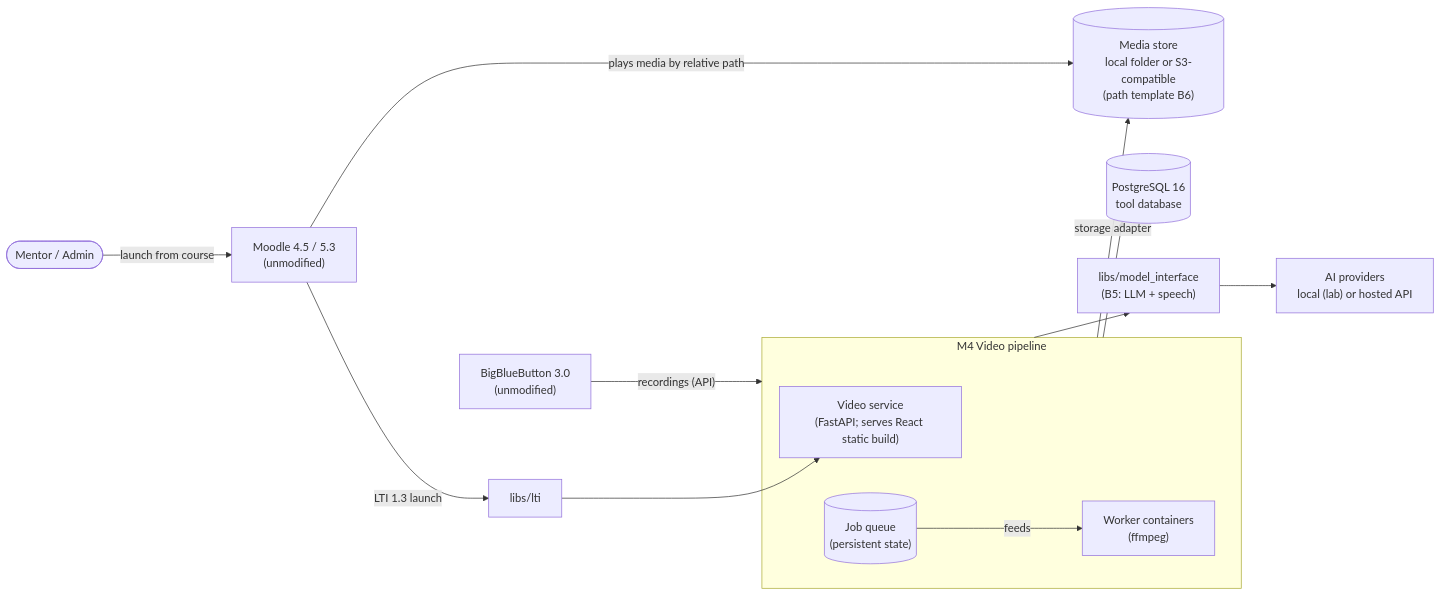
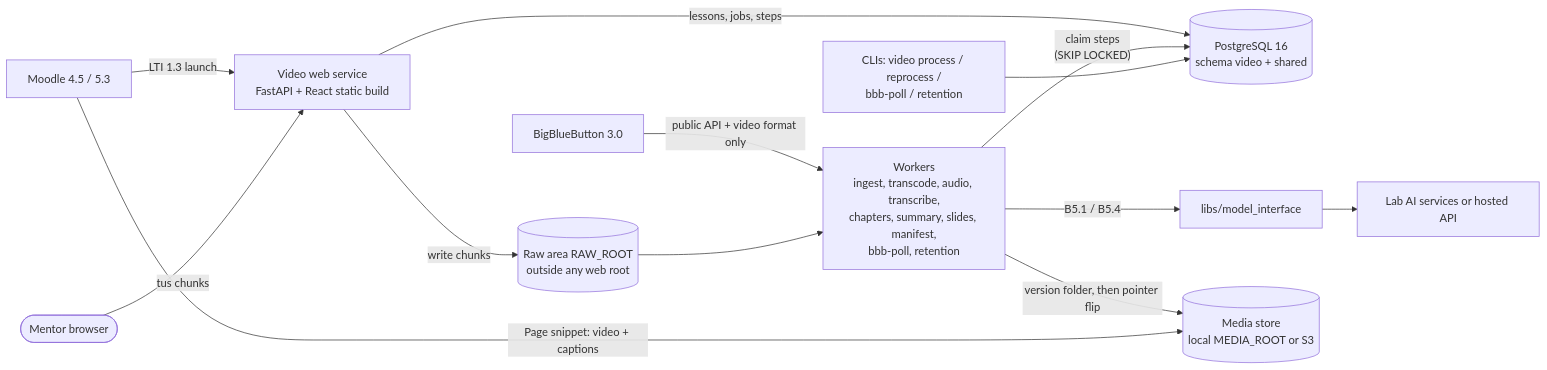
One commit to narenccode/learnops changed the diagram in docs/design/video.md. Above: the diagram before and after it, drawn with Mermaid. The commit also changed other lines of this file, not shown here.

Commit message:
Design document: revise video pipeline design (FR-V-01..15, R3/R5)

````diff
--- a/docs/design/video.md
+++ b/docs/design/video.md
@@ -53,18 +73,15 @@
 ```mermaid
 flowchart LR
-    MENTOR(["Mentor / Admin"]) -->|launch from course| MOODLE["Moodle 4.5 / 5.3<br/>(unmodified)"]
-    MOODLE -->|LTI 1.3 launch| LTI["libs/lti"]
-    subgraph M4["M4 Video pipeline"]
-        SVC["Video service<br/>(FastAPI; serves React static build)"]
-        Q[("Job queue<br/>(persistent state)")]
-        WORKER["Worker containers<br/>(ffmpeg)"]
-        Q -->|feeds| WORKER
-    end
-    LTI --> SVC
-    BBB["BigBlueButton 3.0<br/>(unmodified)"] -->|"recordings (API)"| M4
-    M4 --> MI["libs/model_interface<br/>(B5: LLM + speech)"]
-    MI --> AI["AI providers<br/>local (lab) or hosted API"]
-    M4 -->|storage adapter| MEDIA[("Media store<br/>local folder or S3-compatible<br/>(path template B6)")]
-    M4 --> STORE[("PostgreSQL 16<br/>tool database")]
-    MOODLE -->|plays media by relative path| MEDIA
+    MOODLE["Moodle 4.5 / 5.3"] -- "LTI 1.3 launch" --> WEB["Video web service<br/>FastAPI + React static build"]
+    BROWSER(["Mentor browser"]) -- "tus chunks" --> WEB
+    WEB -- "write chunks" --> RAW[("Raw area RAW_ROOT<br/>outside any web root")]
+    WEB -- "lessons, jobs, steps" --> DB[("PostgreSQL 16<br/>schema video + shared")]
+    WK["Workers<br/>ingest, transcode, audio, transcribe,<br/>chapters, summary, slides, manifest,<br/>bbb-poll, retention"] -- "claim steps<br/>(SKIP LOCKED)" --> DB
+    BBB["BigBlueButton 3.0"] -- "public API + video format only" --> WK
+    RAW --> WK
+    WK -- "B5.1 / B5.4" --> MI["libs/model_interface"]
+    MI --> AI["Lab AI services or hosted API"]
+    WK -- "version folder, then pointer flip" --> MEDIA[("Media store<br/>local MEDIA_ROOT or S3")]
+    CLI["CLIs: video process / reprocess /<br/>bbb-poll / retention"] --> DB
+    MOODLE -- "Page snippet: video + captions" --> MEDIA
 ```
````
